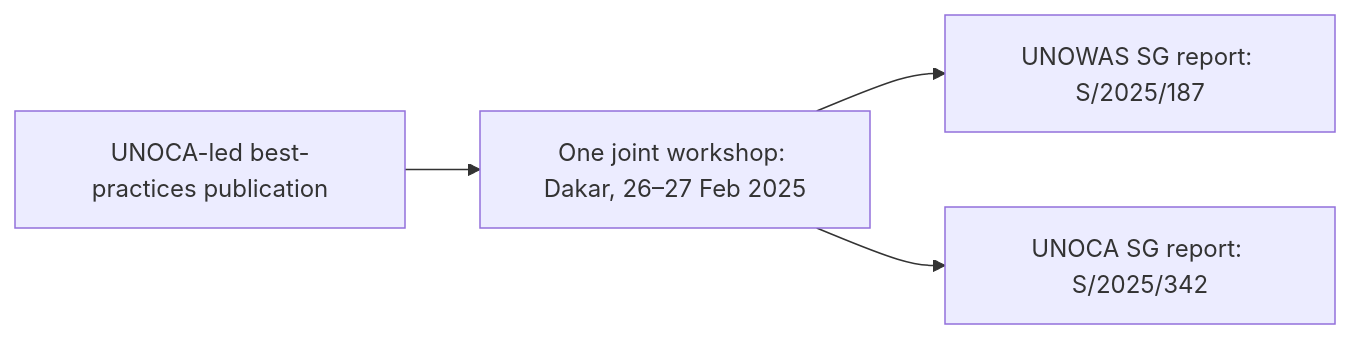
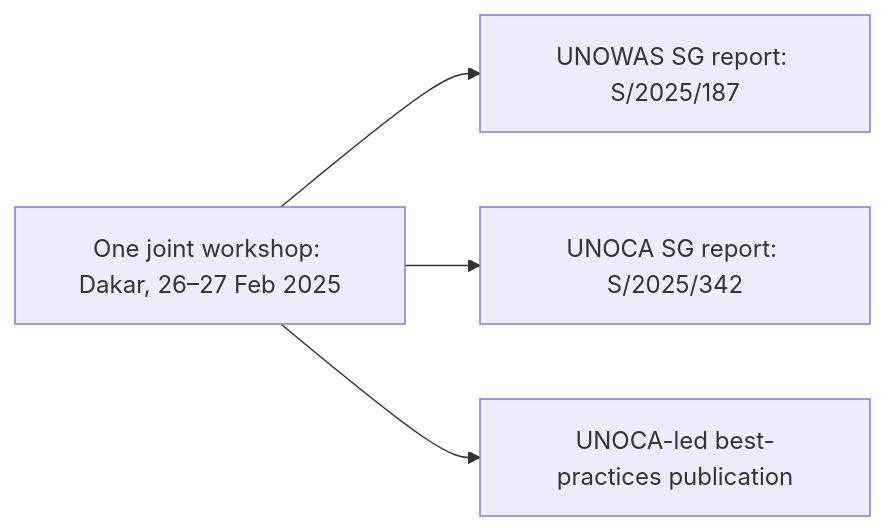
One commit to LystadJS/UN-Peace-Operations-Efficiency changed the diagram in docs/retrospective_2025_2026_overlap_audit.md. Above: the diagram before and after it, drawn with Mermaid.

Commit message:
Correct event-to-best-practices-publication direction in retrospective evidence diagram

````diff
--- a/docs/retrospective_2025_2026_overlap_audit.md
+++ b/docs/retrospective_2025_2026_overlap_audit.md
@@ -51,7 +51,7 @@
 ```mermaid
 flowchart LR
   A["One joint workshop: Dakar, 26–27 Feb 2025"]
   A --> B["UNOWAS SG report: S/2025/187"]
   A --> C["UNOCA SG report: S/2025/342"]
-  D["UNOCA-led best-practices publication"] --> A
+  A --> D["UNOCA-led best-practices publication"]
 ```
````
